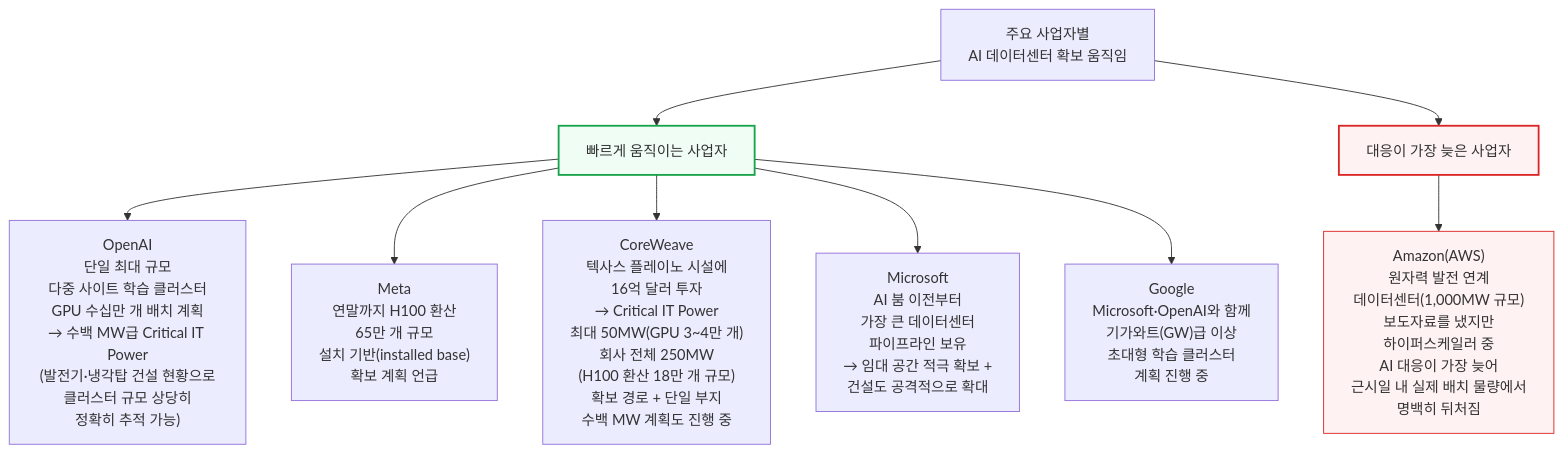
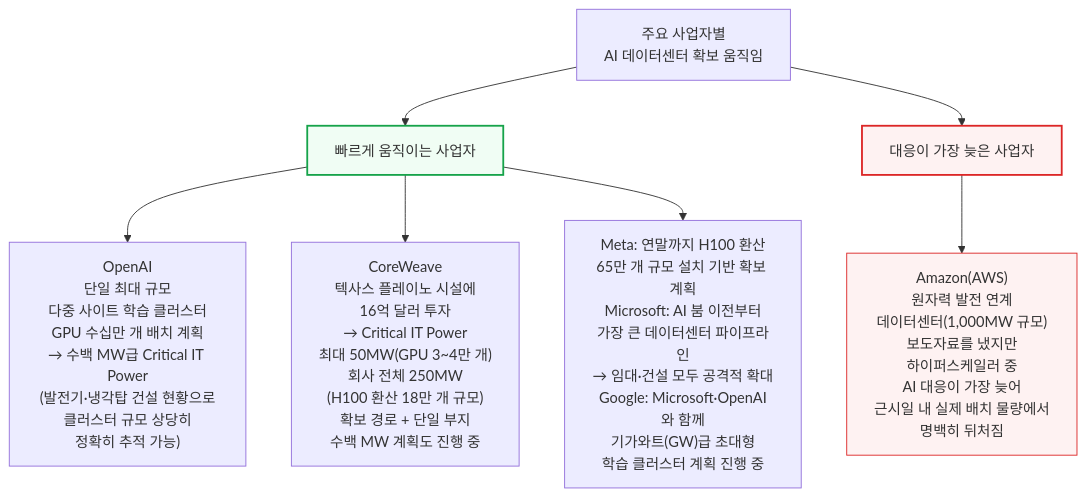
Diagram 12 of 32 in 원본 해석/[240314] AI 데이터센터 에너지 딜레마 - AI 데이터센터 공간 확보 경쟁.md (yohan4477/semi-report), drawn with Mermaid before and after one commit. The commit also changed other lines of this file and 2 other files, not shown here.

First line of the commit message:
Fix diagram width violations (v14.0) in Part1/doc1/doc3

````diff
--- a/원본 해석/[240314] AI 데이터센터 에너지 딜레마 - AI 데이터센터 공간 확보 경쟁.md
+++ b/원본 해석/[240314] AI 데이터센터 에너지 딜레마 - AI 데이터센터 공간 확보 경쟁.md
@@ -428,17 +410,15 @@
 ```mermaid
 flowchart TD
     Movers["주요 사업자별<br/>AI 데이터센터 확보 움직임"] --> Fast["빠르게 움직이는 사업자"]
     Movers --> Slow["대응이 가장 늦은 사업자"]
 
     Fast --> OpenAI["OpenAI<br/>단일 최대 규모<br/>다중 사이트 학습 클러스터<br/>GPU 수십만 개 배치 계획<br/>→ 수백 MW급 Critical IT Power<br/>(발전기·냉각탑 건설 현황으로<br/>클러스터 규모 상당히<br/>정확히 추적 가능)"]
-    Fast --> Meta2["Meta<br/>연말까지 H100 환산<br/>65만 개 규모<br/>설치 기반(installed base)<br/>확보 계획 언급"]
     Fast --> CoreWeave["CoreWeave<br/>텍사스 플레이노 시설에<br/>16억 달러 투자<br/>→ Critical IT Power<br/>최대 50MW(GPU 3~4만 개)<br/>회사 전체 250MW<br/>(H100 환산 18만 개 규모)<br/>확보 경로 + 단일 부지<br/>수백 MW 계획도 진행 중"]
-    Fast --> MS["Microsoft<br/>AI 붐 이전부터<br/>가장 큰 데이터센터<br/>파이프라인 보유<br/>→ 임대 공간 적극 확보 +<br/>건설도 공격적으로 확대"]
-    Fast --> Google2["Google<br/>Microsoft·OpenAI와 함께<br/>기가와트(GW)급 이상<br/>초대형 학습 클러스터<br/>계획 진행 중"]
+    Fast --> OtherFast["Meta: 연말까지 H100 환산<br/>65만 개 규모 설치 기반 확보 계획<br/>Microsoft: AI 붐 이전부터<br/>가장 큰 데이터센터 파이프라인<br/>→ 임대·건설 모두 공격적 확대<br/>Google: Microsoft·OpenAI와 함께<br/>기가와트(GW)급 초대형<br/>학습 클러스터 계획 진행 중"]
 
     Slow --> Amazon["Amazon(AWS)<br/>원자력 발전 연계<br/>데이터센터(1,000MW 규모)<br/>보도자료를 냈지만<br/>하이퍼스케일러 중<br/>AI 대응이 가장 늦어<br/>근시일 내 실제 배치 물량에서<br/>명백히 뒤처짐"]
 
     style Fast fill:#f0fdf4,stroke:#16a34a,stroke-width:2px
     style Slow fill:#fef2f2,stroke:#dc2626,stroke-width:2px
     style Amazon fill:#fef2f2,stroke:#dc2626
 ```
````
